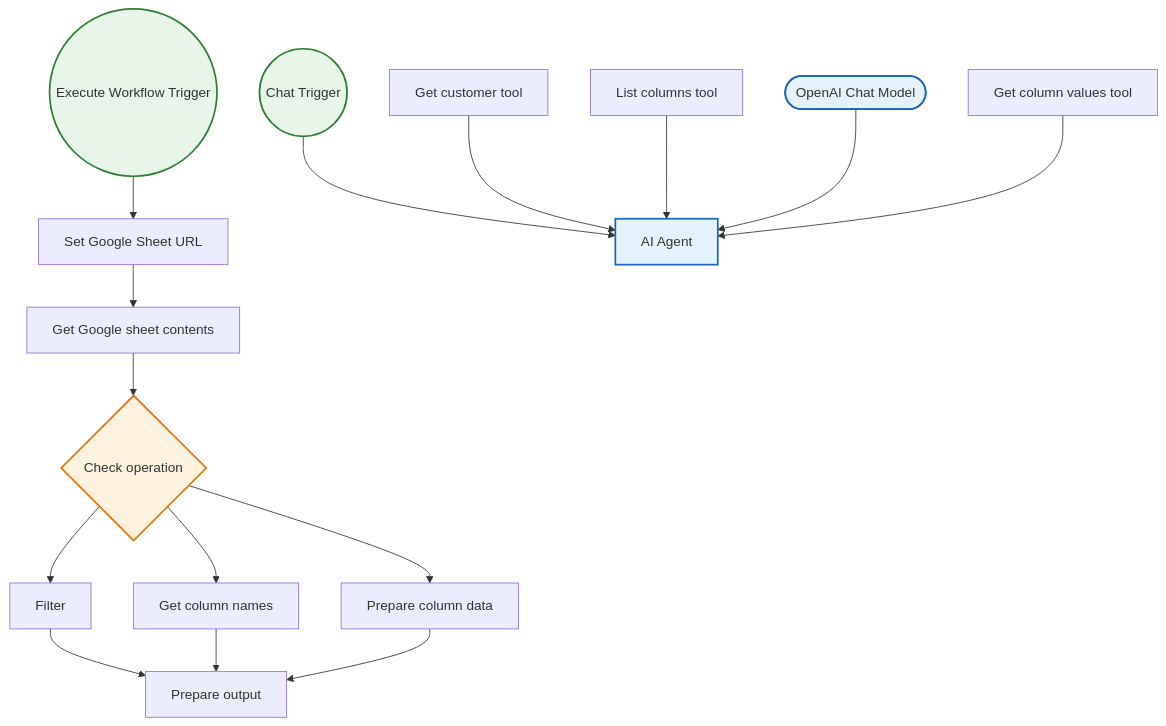
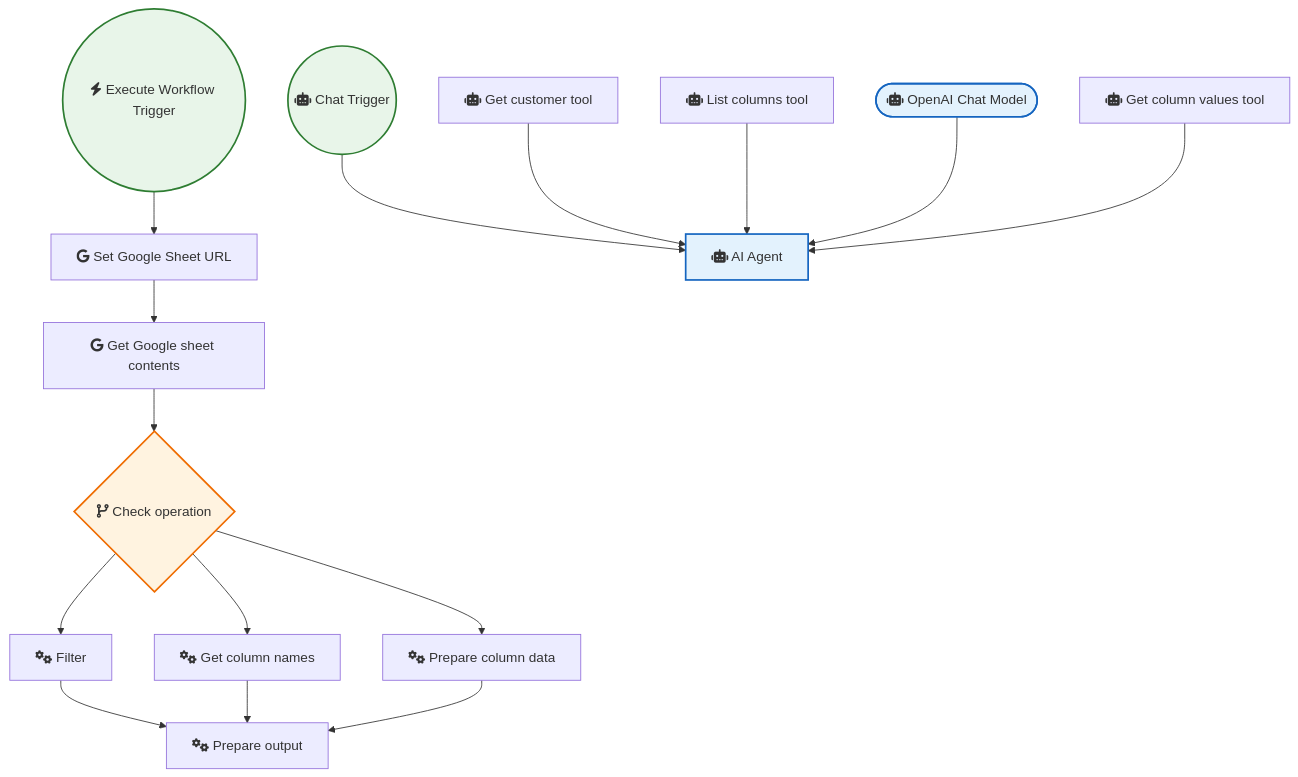
Before and after one commit to sreyash3105/N8N-DEMO-AUTOMATIONS: the diagram in Google_Drive_and_Google_Sheets/Chat with Google Sheet.md, drawn with Mermaid. The commit also changed 291 other files, not shown here.

````diff
--- a/Google_Drive_and_Google_Sheets/Chat with Google Sheet.md
+++ b/Google_Drive_and_Google_Sheets/Chat with Google Sheet.md
@@ -1,36 +1,36 @@
 ```mermaid
 graph TD
     classDef trigger fill:#e8f5e9,stroke:#2e7d32,stroke-width:2px;
     classDef ai fill:#e3f2fd,stroke:#1565c0,stroke-width:2px;
     classDef logic fill:#fff3e0,stroke:#ef6c00,stroke-width:2px;
 
-    Execute_Workflow_Trigger(("Execute Workflow Trigger")):::trigger
-    Get_Google_sheet_contents["Get Google sheet contents"]
-    Set_Google_Sheet_URL["Set Google Sheet URL"]
-    Get_column_names["Get column names"]
-    Prepare_output["Prepare output"]
-    List_columns_tool["List columns tool"]
-    Get_customer_tool["Get customer tool"]
-    Get_column_values_tool["Get column values tool"]
-    Prepare_column_data["Prepare column data"]
-    Filter["Filter"]
-    Check_operation{"Check operation"}:::logic
-    OpenAI_Chat_Model(["OpenAI Chat Model"]):::ai
-    Chat_Trigger(("Chat Trigger")):::trigger
-    AI_Agent["AI Agent"]:::ai
+    Execute_Workflow_Trigger(("fas:fa-bolt Execute Workflow Trigger")):::trigger
+    Get_Google_sheet_contents["fab:fa-google Get Google sheet contents"]
+    Set_Google_Sheet_URL["fab:fa-google Set Google Sheet URL"]
+    Get_column_names["fas:fa-cogs Get column names"]
+    Prepare_output["fas:fa-cogs Prepare output"]
+    List_columns_tool["fas:fa-robot List columns tool"]
+    Get_customer_tool["fas:fa-robot Get customer tool"]
+    Get_column_values_tool["fas:fa-robot Get column values tool"]
+    Prepare_column_data["fas:fa-cogs Prepare column data"]
+    Filter["fas:fa-cogs Filter"]
+    Check_operation{"fas:fa-code-branch Check operation"}:::logic
+    OpenAI_Chat_Model(["fas:fa-robot OpenAI Chat Model"]):::ai
+    Chat_Trigger(("fas:fa-robot Chat Trigger")):::trigger
+    AI_Agent["fas:fa-robot AI Agent"]:::ai
 
     Filter --> Prepare_output
     Chat_Trigger --> AI_Agent
     Check_operation --> Get_column_names
     Check_operation --> Prepare_column_data
     Check_operation --> Filter
     Get_column_names --> Prepare_output
     Get_customer_tool --> AI_Agent
     List_columns_tool --> AI_Agent
     OpenAI_Chat_Model --> AI_Agent
     Prepare_column_data --> Prepare_output
     Set_Google_Sheet_URL --> Get_Google_sheet_contents
     Get_column_values_tool --> AI_Agent
     Execute_Workflow_Trigger --> Set_Google_Sheet_URL
     Get_Google_sheet_contents --> Check_operation
 ```
````
